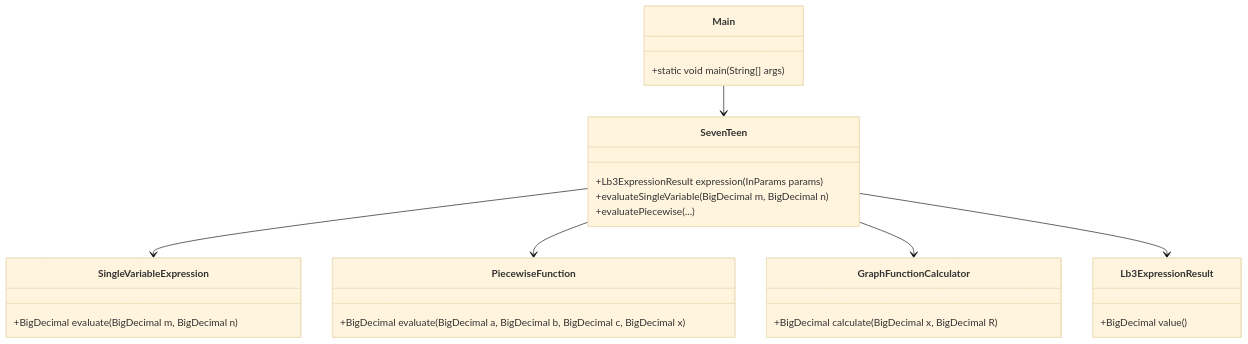
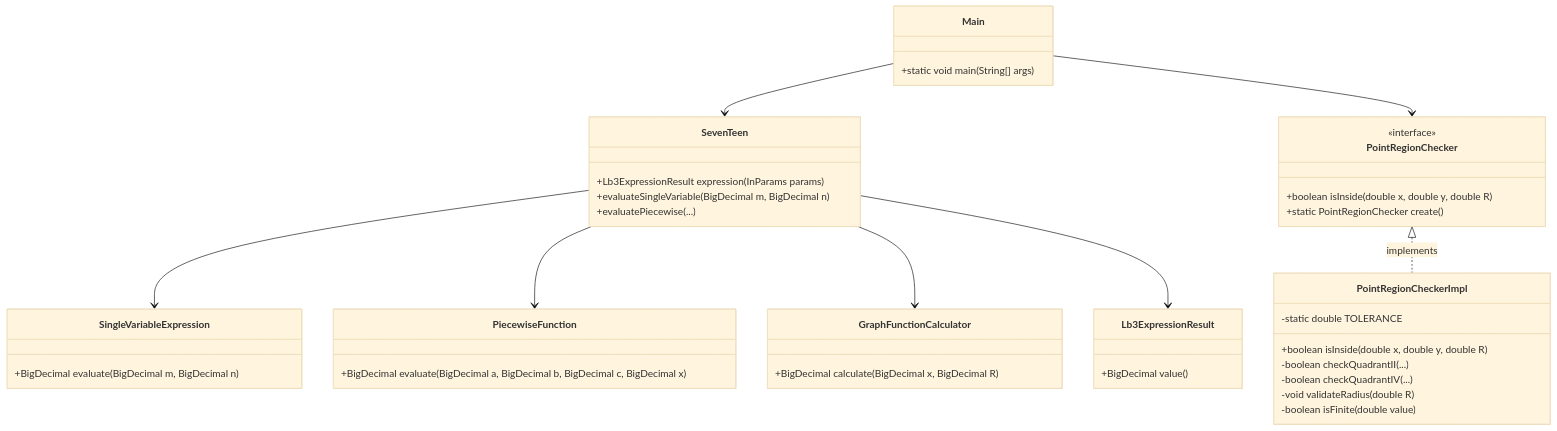
One commit to lviv-polytech/alg-java-labs changed the ninth of 9 diagrams in lb3/README.md. Above: the diagram before and after it, drawn with Mermaid (base theme). The commit also changed other lines of this file and 4 other files, not shown here.

Commit message:
feat(task4): implement point region checker to determine if a point is inside a shaded region

````diff
--- a/lb3/README.md
+++ b/lb3/README.md
@@ -157,28 +225,43 @@
 ```mermaid
 classDiagram
     class Main {
       +static void main(String[] args)
     }
     class SevenTeen {
       +Lb3ExpressionResult expression(InParams params)
       +evaluateSingleVariable(BigDecimal m, BigDecimal n)
       +evaluatePiecewise(...)
     }
     class SingleVariableExpression {
       +BigDecimal evaluate(BigDecimal m, BigDecimal n)
     }
     class PiecewiseFunction {
       +BigDecimal evaluate(BigDecimal a, BigDecimal b, BigDecimal c, BigDecimal x)
     }
     class GraphFunctionCalculator {
       +BigDecimal calculate(BigDecimal x, BigDecimal R)
     }
+    class PointRegionChecker {
+      <<interface>>
+      +boolean isInside(double x, double y, double R)
+      +static PointRegionChecker create()
+    }
+    class PointRegionCheckerImpl {
+      -static double TOLERANCE
+      +boolean isInside(double x, double y, double R)
+      -boolean checkQuadrantII(...)
+      -boolean checkQuadrantIV(...)
+      -void validateRadius(double R)
+      -boolean isFinite(double value)
+    }
     class Lb3ExpressionResult {
       +BigDecimal value()
     }
     Main --> SevenTeen
+    Main --> PointRegionChecker
     SevenTeen --> SingleVariableExpression
     SevenTeen --> PiecewiseFunction
     SevenTeen --> GraphFunctionCalculator
     SevenTeen --> Lb3ExpressionResult
+    PointRegionChecker <|.. PointRegionCheckerImpl : implements
 ```
````
